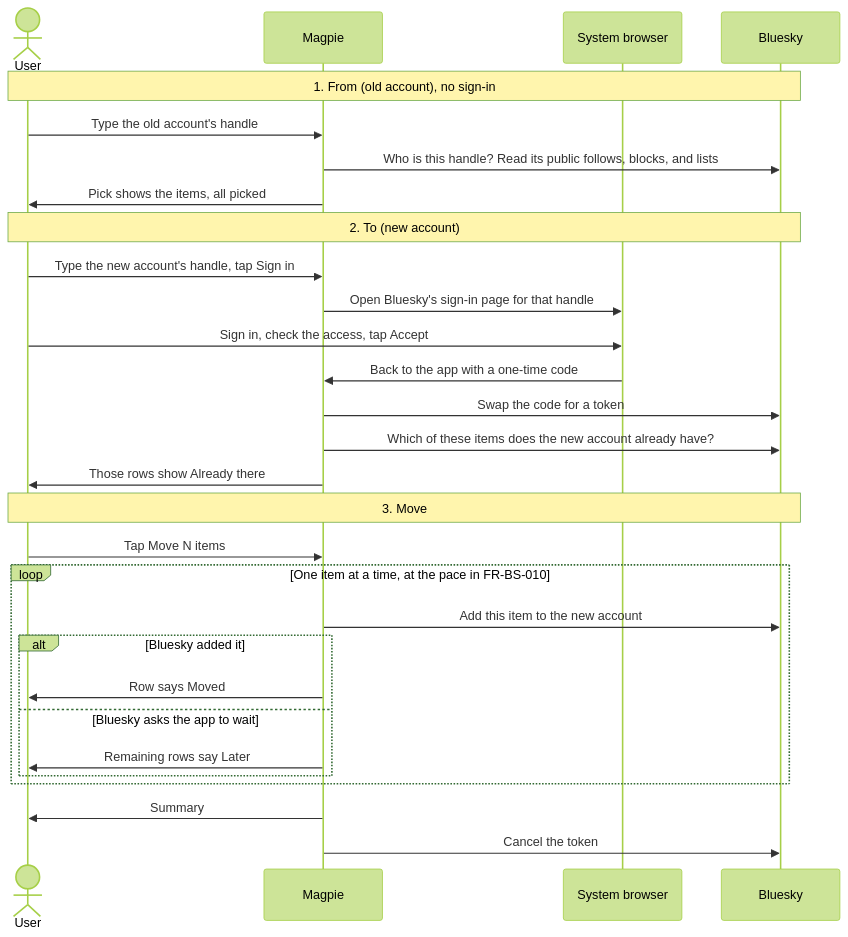
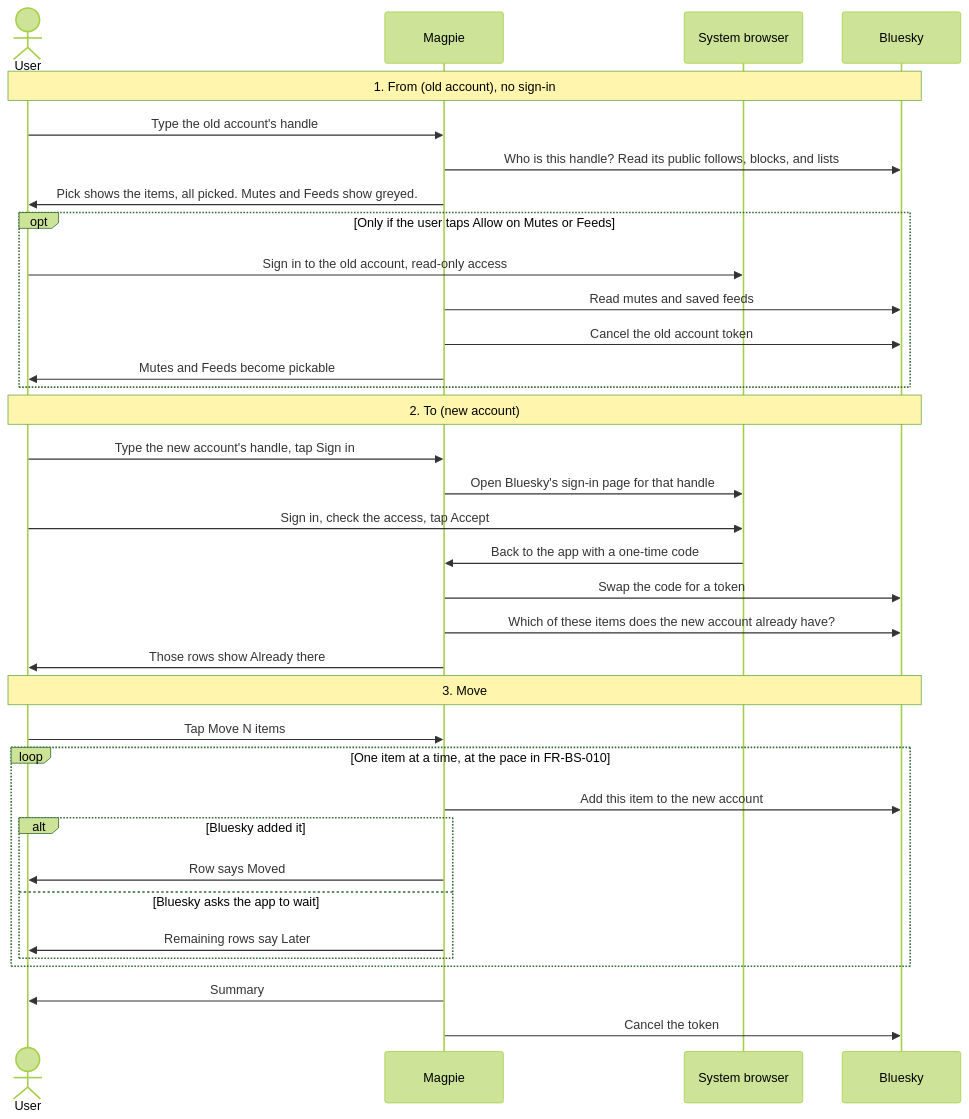
One commit to Dodo-Tech-Hub/magpie changed the second of 2 diagrams in specs/013-bluesky-platform/spec.md. Above: the diagram before and after it, drawn with Mermaid (forest theme). The commit also changed other lines of this file and 1 other file, not shown here.

Commit message:
docs(spec): resolve 013 Bluesky clarifications

````diff
--- a/specs/013-bluesky-platform/spec.md
+++ b/specs/013-bluesky-platform/spec.md
@@ -76,34 +85,41 @@
 ```mermaid
 sequenceDiagram
     actor User
     participant App as Magpie
     participant Browser as System browser
     participant Bluesky
 
     Note over User,Bluesky: 1. From (old account), no sign-in
     User->>App: Type the old account's handle
     App->>Bluesky: Who is this handle? Read its public follows, blocks, and lists
-    App->>User: Pick shows the items, all picked
+    App->>User: Pick shows the items, all picked. Mutes and Feeds show greyed.
+
+    opt Only if the user taps Allow on Mutes or Feeds
+        User->>Browser: Sign in to the old account, read-only access
+        App->>Bluesky: Read mutes and saved feeds
+        App->>Bluesky: Cancel the old account token
+        App->>User: Mutes and Feeds become pickable
+    end
 
     Note over User,Bluesky: 2. To (new account)
     User->>App: Type the new account's handle, tap Sign in
     App->>Browser: Open Bluesky's sign-in page for that handle
     User->>Browser: Sign in, check the access, tap Accept
     Browser->>App: Back to the app with a one-time code
     App->>Bluesky: Swap the code for a token
     App->>Bluesky: Which of these items does the new account already have?
     App->>User: Those rows show Already there
 
     Note over User,Bluesky: 3. Move
     User->>App: Tap Move N items
     loop One item at a time, at the pace in FR-BS-010
         App->>Bluesky: Add this item to the new account
         alt Bluesky added it
             App->>User: Row says Moved
         else Bluesky asks the app to wait
             App->>User: Remaining rows say Later
         end
     end
     App->>User: Summary
     App->>Bluesky: Cancel the token
 ```
````
